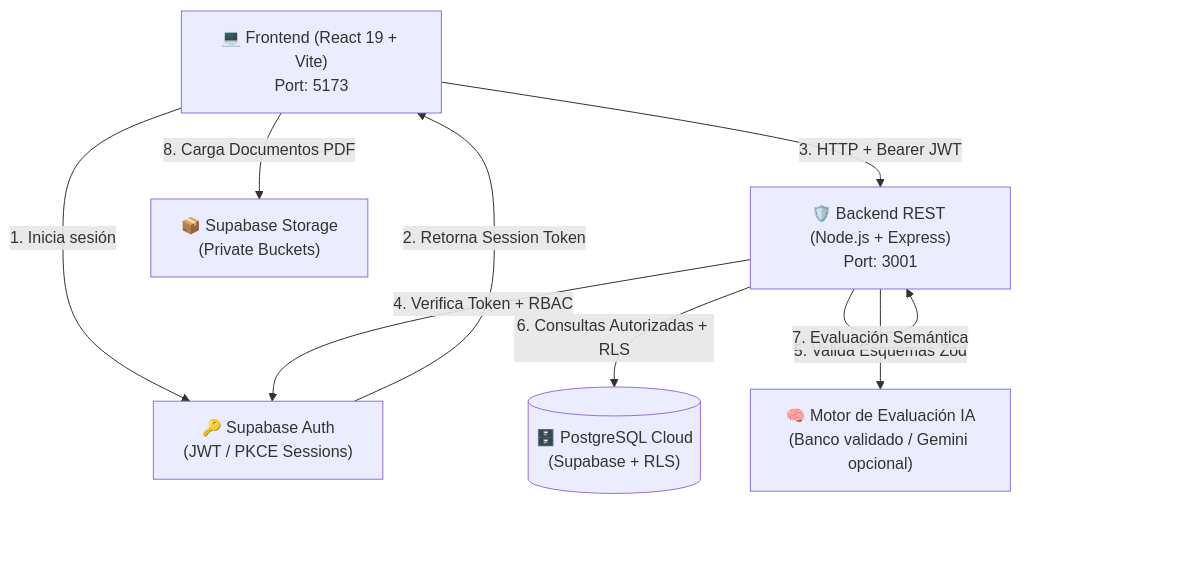
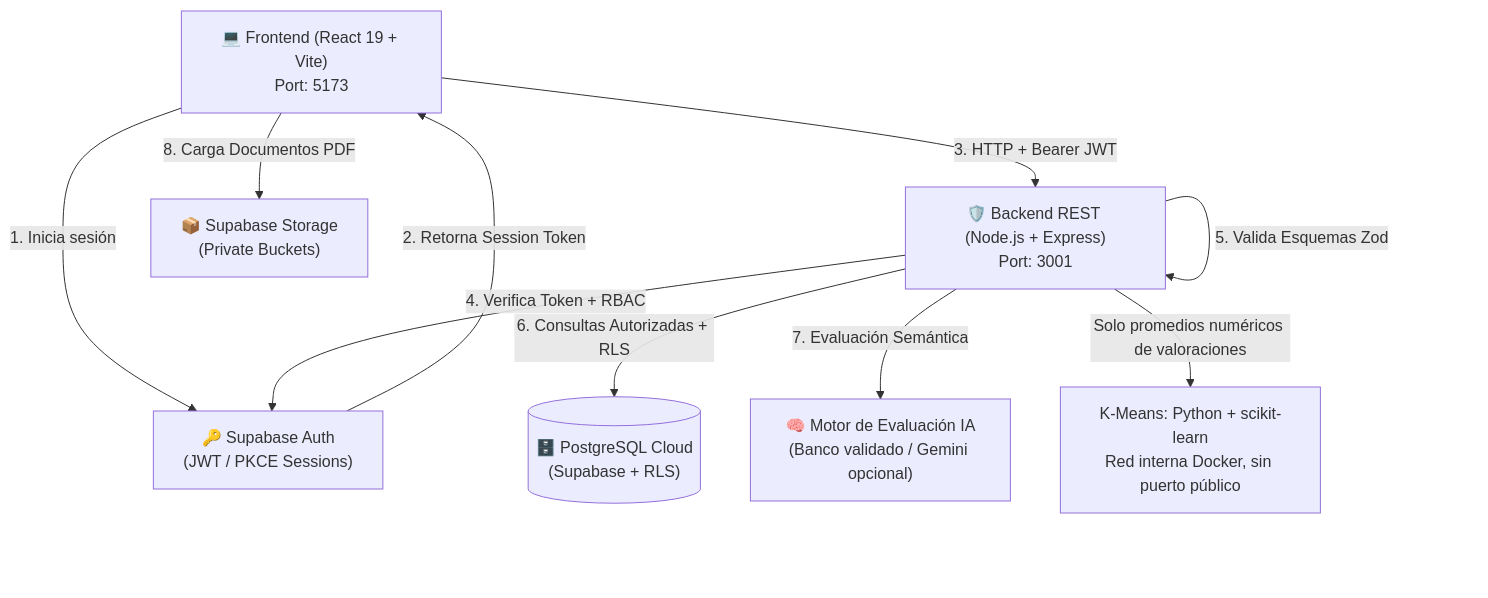
The diagram in FASE 2/EVIDENCIAS PROYECTO/EVIDENCIA DE SISTEMA/InterAula/README.md (Fwlip307/InterAula), drawn with Mermaid before and after one commit. The commit also changed other lines of this file and 12 other files, not shown here.

````diff
--- a/FASE 2/EVIDENCIAS PROYECTO/EVIDENCIA DE SISTEMA/InterAula/README.md
+++ b/FASE 2/EVIDENCIAS PROYECTO/EVIDENCIA DE SISTEMA/InterAula/README.md
@@ -25,18 +25,20 @@
 ```mermaid
 graph TD
     Client["💻 Frontend (React 19 + Vite)<br/>Port: 5173"]
     API["🛡️ Backend REST (Node.js + Express)<br/>Port: 3001"]
     SupaAuth["🔑 Supabase Auth<br/>(JWT / PKCE Sessions)"]
     SupaDB[("🗄️ PostgreSQL Cloud<br/>(Supabase + RLS)")]
     SupaStorage["📦 Supabase Storage<br/>(Private Buckets)"]
     AIModel["🧠 Motor de Evaluación IA<br/>(Banco validado / Gemini opcional)"]
+    ML["K-Means: Python + scikit-learn<br/>Red interna Docker, sin puerto público"]
 
     Client -->|1. Inicia sesión| SupaAuth
     SupaAuth -->|2. Retorna Session Token| Client
     Client -->|3. HTTP + Bearer JWT| API
     API -->|4. Verifica Token + RBAC| SupaAuth
     API -->|5. Valida Esquemas Zod| API
     API -->|6. Consultas Autorizadas + RLS| SupaDB
     API -->|7. Evaluación Semántica| AIModel
     Client -->|8. Carga Documentos PDF| SupaStorage
+    API -->|Solo promedios numéricos de valoraciones| ML
 ```
````
